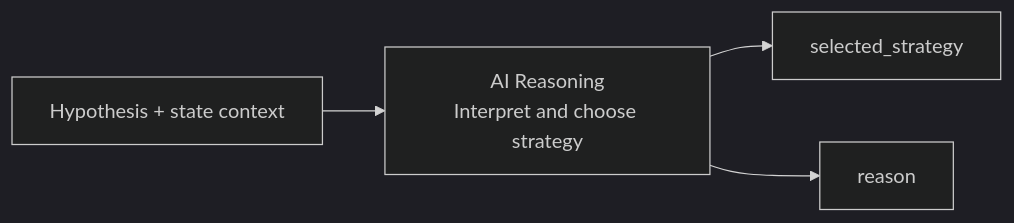
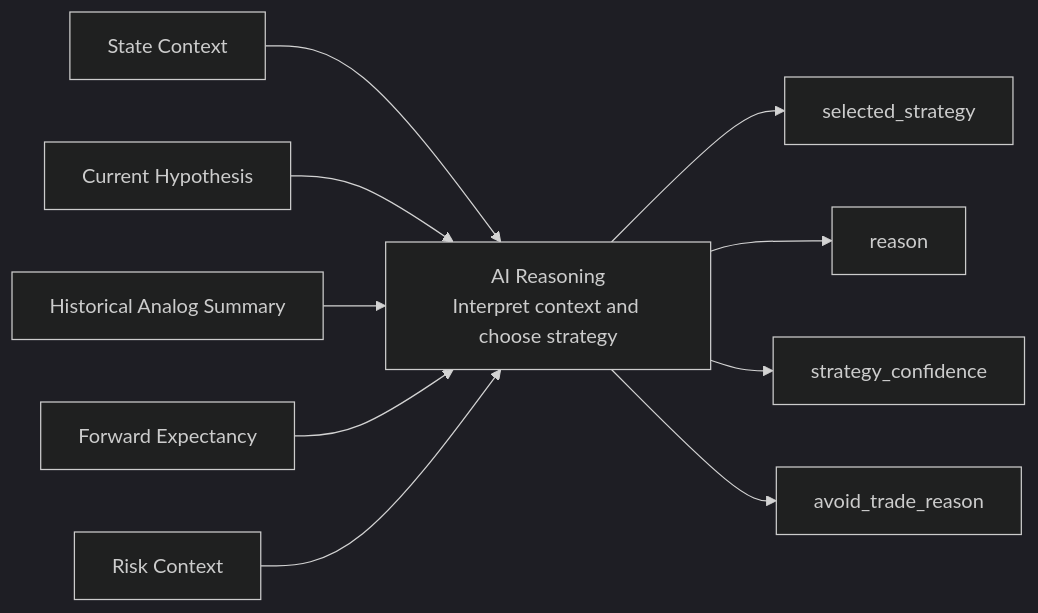
One commit to Yuqian-He/agentic-trading-workflow changed the eighth of 9 diagrams in README.md. Above: the diagram before and after it, drawn with Mermaid (dark theme). The commit also changed other lines of this file, not shown here.

````diff
--- a/README.md
+++ b/README.md
@@ -113,6 +151,13 @@
 ```mermaid
 graph LR
-    G3O[Hypothesis + state context] --> H
-    H[AI Reasoning<br/>Interpret and choose strategy] --> R1["selected_strategy"]
-    H --> R2["reason"]
+    S[State Context] --> AI
+    H[Current Hypothesis] --> AI
+    A[Historical Analog Summary] --> AI
+    E[Forward Expectancy] --> AI
+    R[Risk Context] --> AI
+
+    AI[AI Reasoning<br/>Interpret context and choose strategy] --> O1["selected_strategy"]
+    AI --> O2["reason"]
+    AI --> O3["strategy_confidence"]
+    AI --> O4["avoid_trade_reason"]
 ```
````
